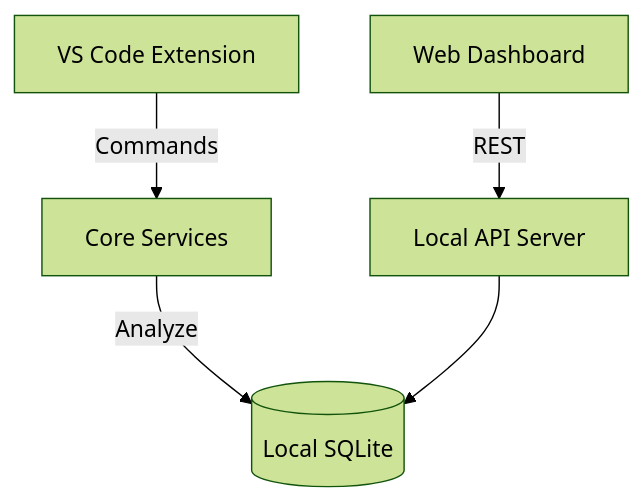
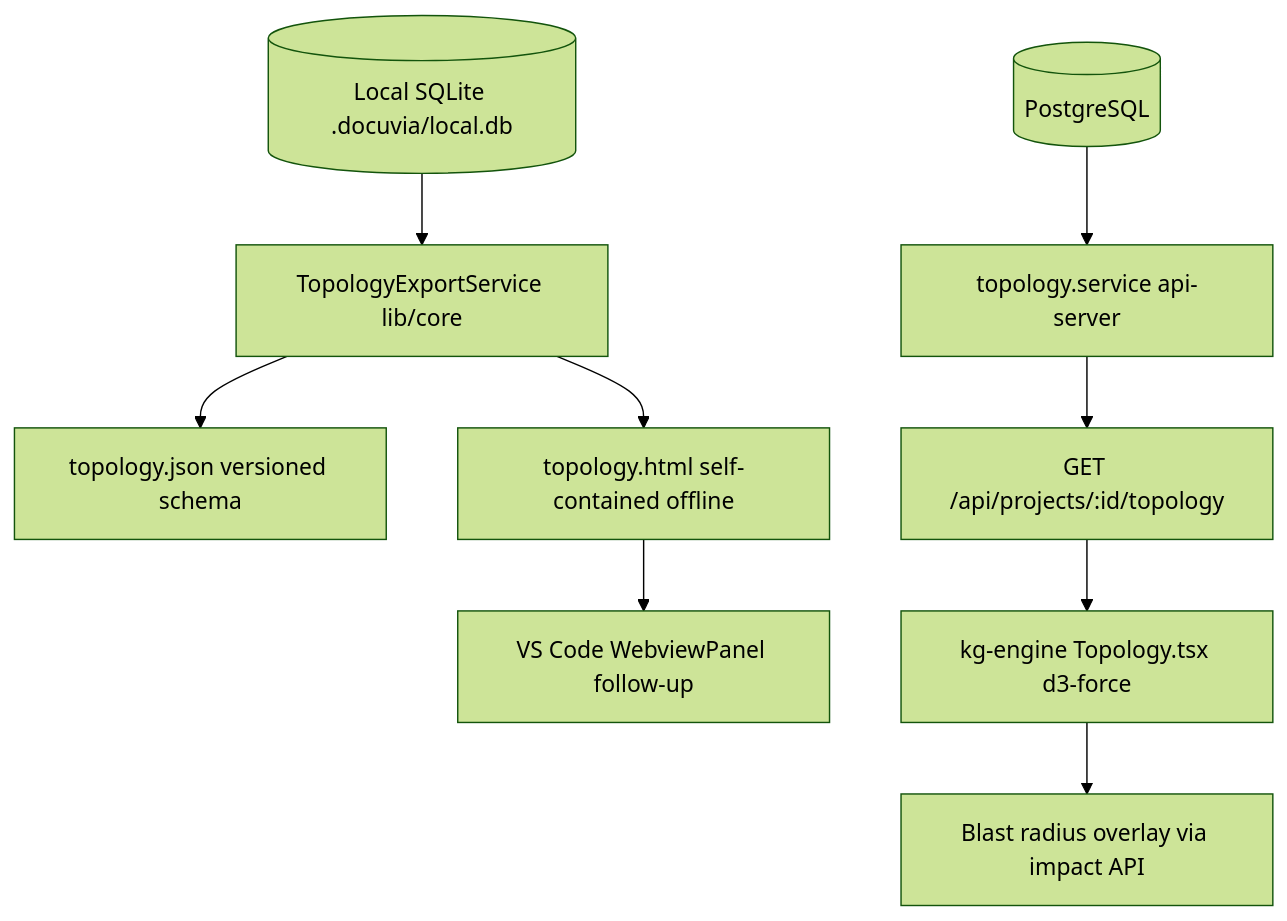
Before and after one commit to dyphn1/Docuvia: the diagram in docs/gitbook/roadmap/features/interactive-topology-maps.md, drawn with Mermaid (forest theme). The commit also changed other lines of this file and 56 other files, not shown here.

First line of the commit message:
feat(topology): implement interactive topology maps and export

````diff
--- a/docs/gitbook/roadmap/features/interactive-topology-maps.md
+++ b/docs/gitbook/roadmap/features/interactive-topology-maps.md
@@ -15,7 +21,11 @@
 ```mermaid
 graph TD
-    VSC[VS Code Extension] --> |Commands| Core[Core Services]
-    UI[Web Dashboard] --> |REST| API[Local API Server]
-    Core --> |Analyze| DB[(Local SQLite)]
-    API --> DB
+    DB[(Local SQLite .docuvia/local.db)] --> TES[TopologyExportService lib/core]
+    PG[(PostgreSQL)] --> TS[topology.service api-server]
+    TES --> JSON[topology.json versioned schema]
+    TES --> HTML[topology.html self-contained offline]
+    TS --> API[GET /api/projects/:id/topology]
+    API --> UI[kg-engine Topology.tsx d3-force]
+    HTML --> VSC[VS Code WebviewPanel follow-up]
+    UI --> Impact[Blast radius overlay via impact API]
 ```
````
